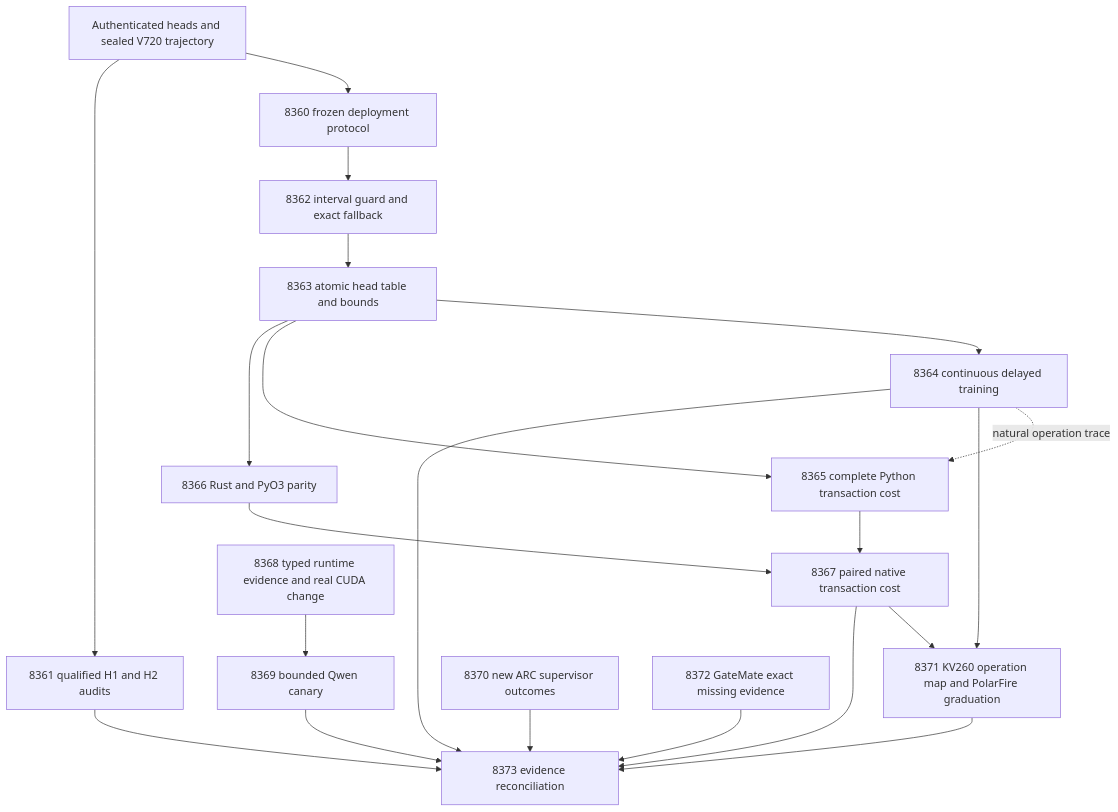
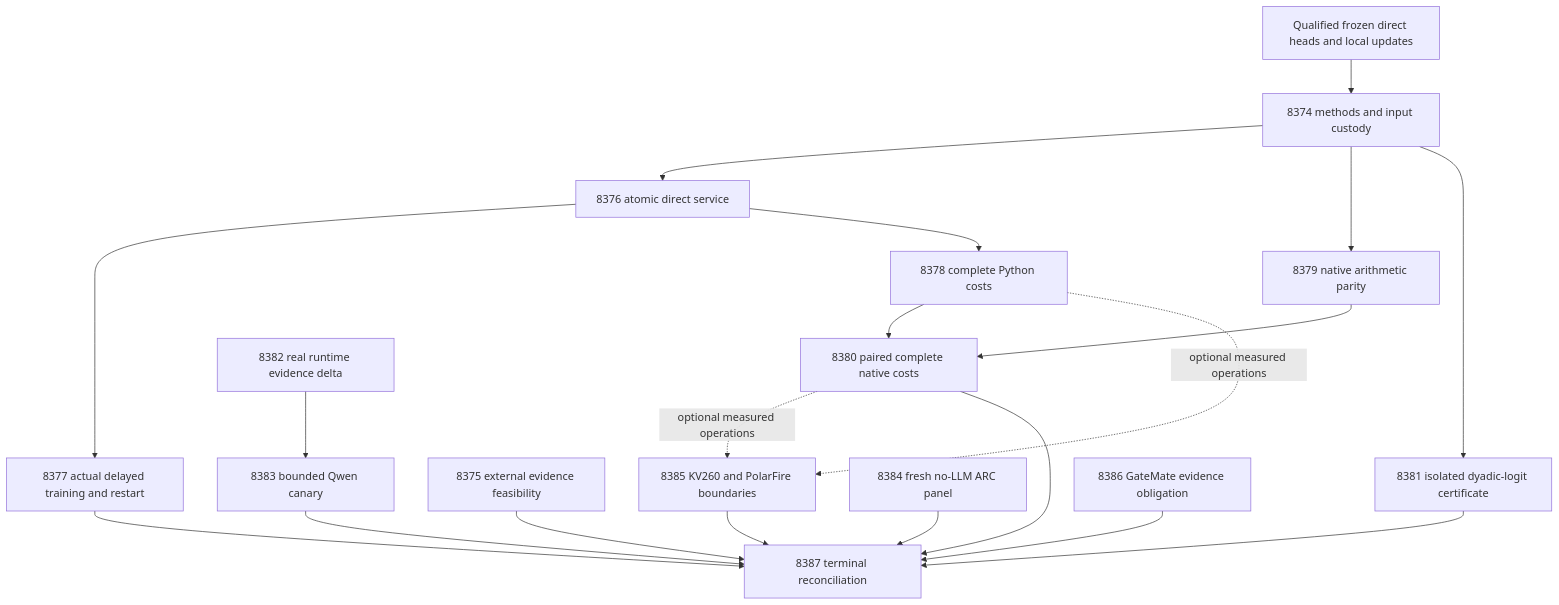
The diagram in openspec/change-proposals/research-roadmap-vNEXT.md (Carnot-EBM/carnot-ebm), drawn with Mermaid before and after one commit. The commit also changed other lines of this file and 14 other files, not shown here.

````diff
--- a/openspec/change-proposals/research-roadmap-vNEXT.md
+++ b/openspec/change-proposals/research-roadmap-vNEXT.md
@@ -99,23 +91,22 @@
 ```mermaid
 flowchart TD
-  A[Authenticated heads and sealed V720 trajectory] --> B[8360 frozen deployment protocol]
-  A --> C[8361 qualified H1 and H2 audits]
-  B --> D[8362 interval guard and exact fallback]
-  D --> E[8363 atomic head table and bounds]
-  E --> F[8364 continuous delayed training]
-  E --> G[8365 complete Python transaction cost]
-  E --> H[8366 Rust and PyO3 parity]
-  G --> I[8367 paired native transaction cost]
-  H --> I
-  J[8368 typed runtime evidence and real CUDA change] --> K[8369 bounded Qwen canary]
-  F -. natural operation trace .-> G
-  F --> L[8371 KV260 operation map and PolarFire graduation]
-  I --> L
-  M[8370 new ARC supervisor outcomes] --> O[8373 evidence reconciliation]
-  N[8372 GateMate exact missing evidence] --> O
-  C --> O
-  F --> O
-  I --> O
-  K --> O
-  L --> O
+  A[Qualified frozen direct heads and local updates] --> B[8374 methods and input custody]
+  B --> C[8376 atomic direct service]
+  C --> D[8377 actual delayed training and restart]
+  C --> E[8378 complete Python costs]
+  B --> F[8379 native arithmetic parity]
+  E --> G[8380 paired complete native costs]
+  F --> G
+  B --> H[8381 isolated dyadic-logit certificate]
+  I[8375 external evidence feasibility] --> Z[8387 terminal reconciliation]
+  J[8382 real runtime evidence delta] --> K[8383 bounded Qwen canary]
+  L[8384 fresh no-LLM ARC panel] --> Z
+  E -. optional measured operations .-> M[8385 KV260 and PolarFire boundaries]
+  G -. optional measured operations .-> M
+  N[8386 GateMate evidence obligation] --> Z
+  D --> Z
+  G --> Z
+  H --> Z
+  K --> Z
+  M --> Z
 ```
````
